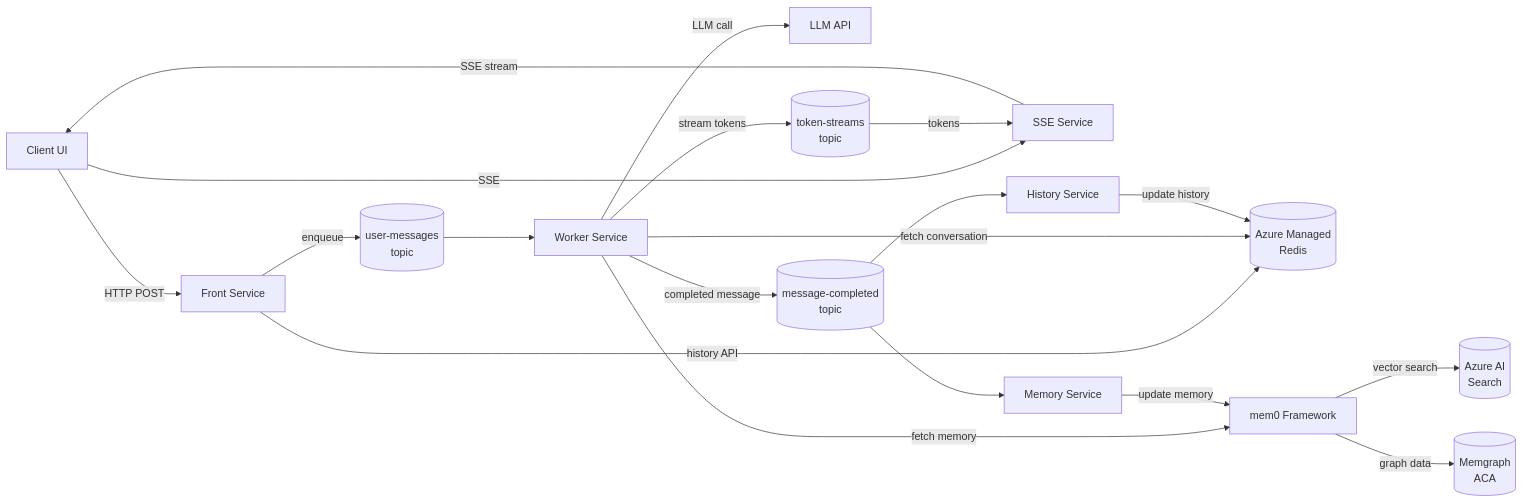
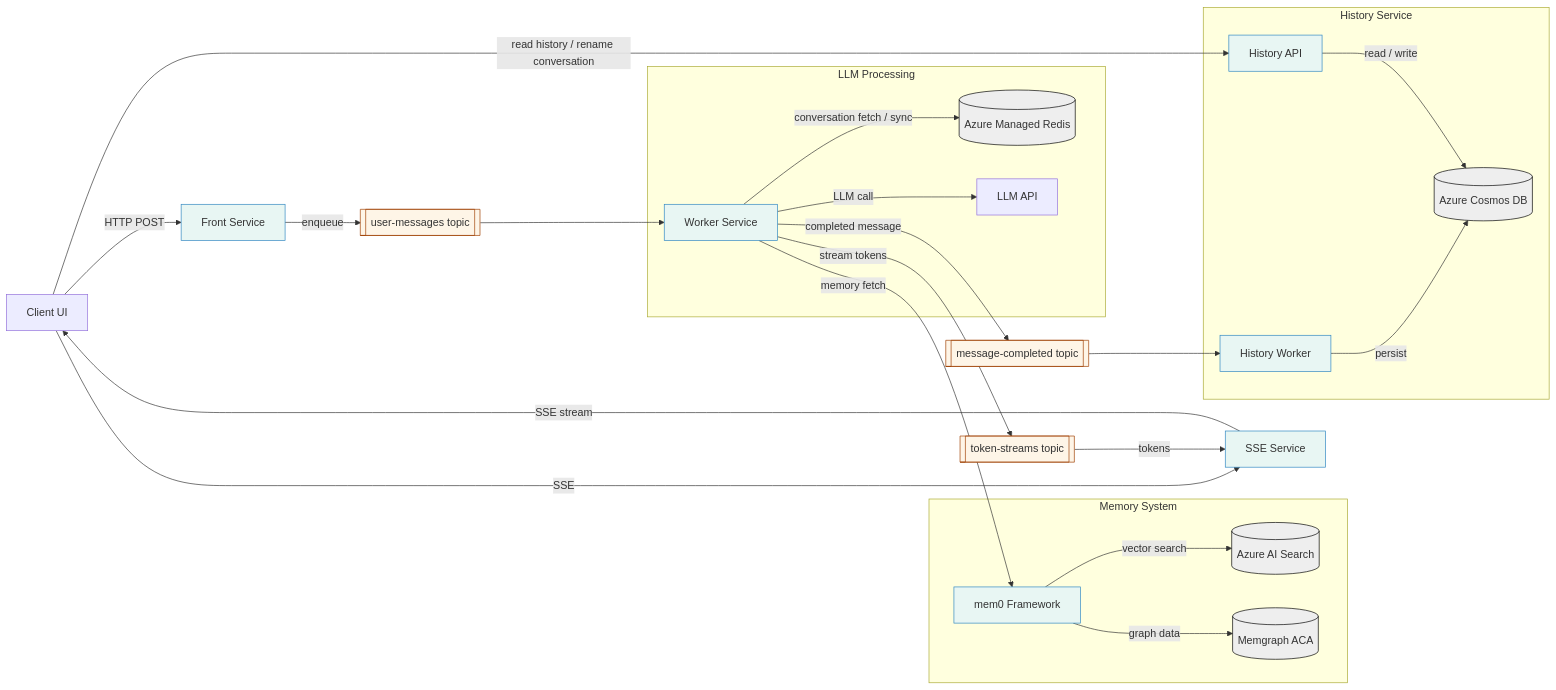
The first of 2 diagrams in d-ai-app-patterns/scalable_chat/README.md (tkubica12/azure-workshops), drawn with Mermaid before and after one commit. The commit also changed other lines of this file, not shown here.

````diff
--- a/d-ai-app-patterns/scalable_chat/README.md
+++ b/d-ai-app-patterns/scalable_chat/README.md
@@ -24,21 +26,48 @@
 ```mermaid
 flowchart LR
     Client[Client UI] -->|HTTP POST| Front[Front Service]
     Client -->|SSE| SSE[SSE Service]
-    Front -->|enqueue| UserMsgTopic[(user-messages<br/>topic)]
-    Front -->|history API| Redis[(Azure Managed<br/>Redis)]
+
+    Front -->|enqueue| UserMsgTopic[[user-messages topic]]
     UserMsgTopic --> Worker[Worker Service]
-    Worker -->|fetch conversation| Redis
-    Worker -->|fetch memory| Mem0[mem0 Framework]
-    Worker -->|LLM call| LLM[LLM&nbsp;API]
-    Worker -->|stream tokens| TokenTopic[(token-streams<br/>topic)]
-    Worker -->|completed message| CompletedTopic[(message-completed<br/>topic)]
+
+    subgraph LLMProcessing["LLM Processing"]
+        Worker
+        Redis[(Azure Managed Redis)]
+        LLM[LLM API]
+    end
+    Worker -->|conversation fetch / sync| Redis
+    Worker -->|LLM call| LLM
+
+    subgraph MemorySystem["Memory System"]
+        Mem0[mem0 Framework]
+        AISearch[(Azure AI Search)]
+        Memgraph[(Memgraph ACA)]
+    end
+    Worker -->|memory fetch| Mem0
+    Mem0 -->|vector search| AISearch
+    Mem0 -->|graph data| Memgraph
+
+    Worker -->|stream tokens| TokenTopic[[token-streams topic]]
+    Worker -->|completed message| CompletedTopic[[message-completed topic]]
     TokenTopic -->|tokens| SSE
-    CompletedTopic --> HistoryService[History Service]
-    CompletedTopic --> MemoryService[Memory Service]
-    HistoryService -->|update history| Redis
-    MemoryService -->|update memory| Mem0
-    Mem0 -->|vector search| AISearch[(Azure AI<br/>Search)]
-    Mem0 -->|graph data| Memgraph[(Memgraph<br/>ACA)]
     SSE -->|SSE stream| Client
+
+    subgraph HistoryService["History Service"]
+        HistoryWorker[History Worker]
+        HistoryAPI[History API]
+        CosmosDB[(Azure Cosmos DB)]
+    end
+    CompletedTopic --> HistoryWorker
+    HistoryWorker -->|persist| CosmosDB
+    Client -->|read history / rename conversation| HistoryAPI
+    HistoryAPI -->|read / write| CosmosDB
+
+    classDef service fill:#E8F6F3,stroke:#2E86C1,stroke-width:1px;
+    classDef storage fill:#EEEEEE,stroke:#000000,stroke-width:1px;
+    classDef queue   fill:#FEF5E7,stroke:#A04000,stroke-width:1px;
+
+    class Front,SSE,Worker,HistoryAPI,HistoryWorker,Mem0 service;
+    class Redis,CosmosDB,AISearch,Memgraph storage;
+    class UserMsgTopic,TokenTopic,CompletedTopic queue;
 ```
````
